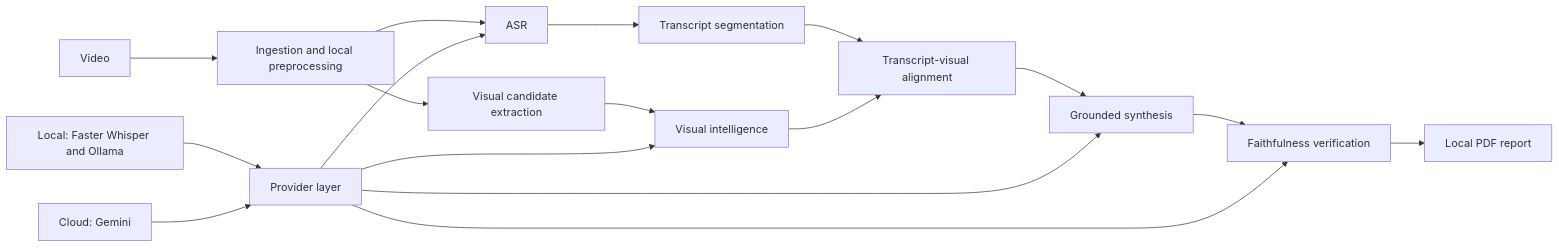
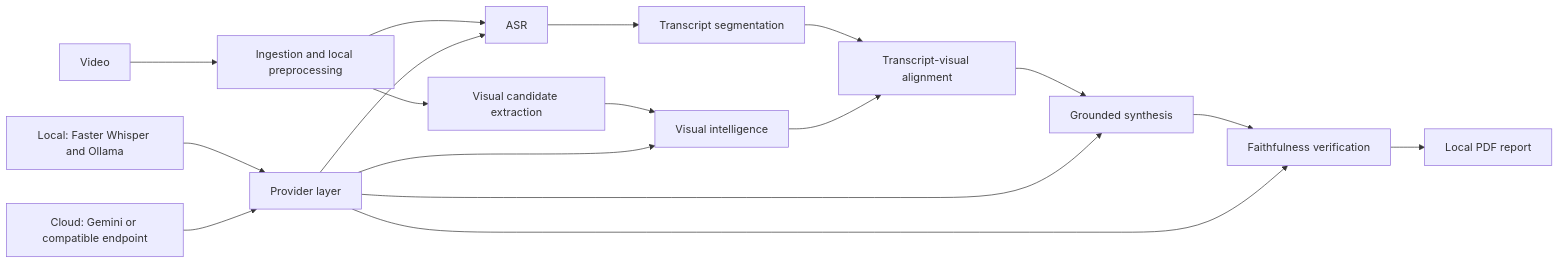
One commit to Ghiathash/Video2Knowledge changed the diagram in README.md. Above: the diagram before and after it, drawn with Mermaid. The commit also changed other lines of this file and 12 other files, not shown here.

````diff
--- a/README.md
+++ b/README.md
@@ -48,20 +48,20 @@
 ```mermaid
 flowchart LR
     A[Video] --> B[Ingestion and local preprocessing]
     B --> C[ASR]
     B --> D[Visual candidate extraction]
     C --> E[Transcript segmentation]
     D --> F[Visual intelligence]
     E --> G[Transcript-visual alignment]
     F --> G
     G --> H[Grounded synthesis]
     H --> I[Faithfulness verification]
     I --> J[Local PDF report]
 
     P[Provider layer] --> C
     P --> F
     P --> H
     P --> I
     L[Local: Faster Whisper and Ollama] --> P
-    M[Cloud: Gemini] --> P
+    M[Cloud: Gemini or compatible endpoint] --> P
 ```
````
